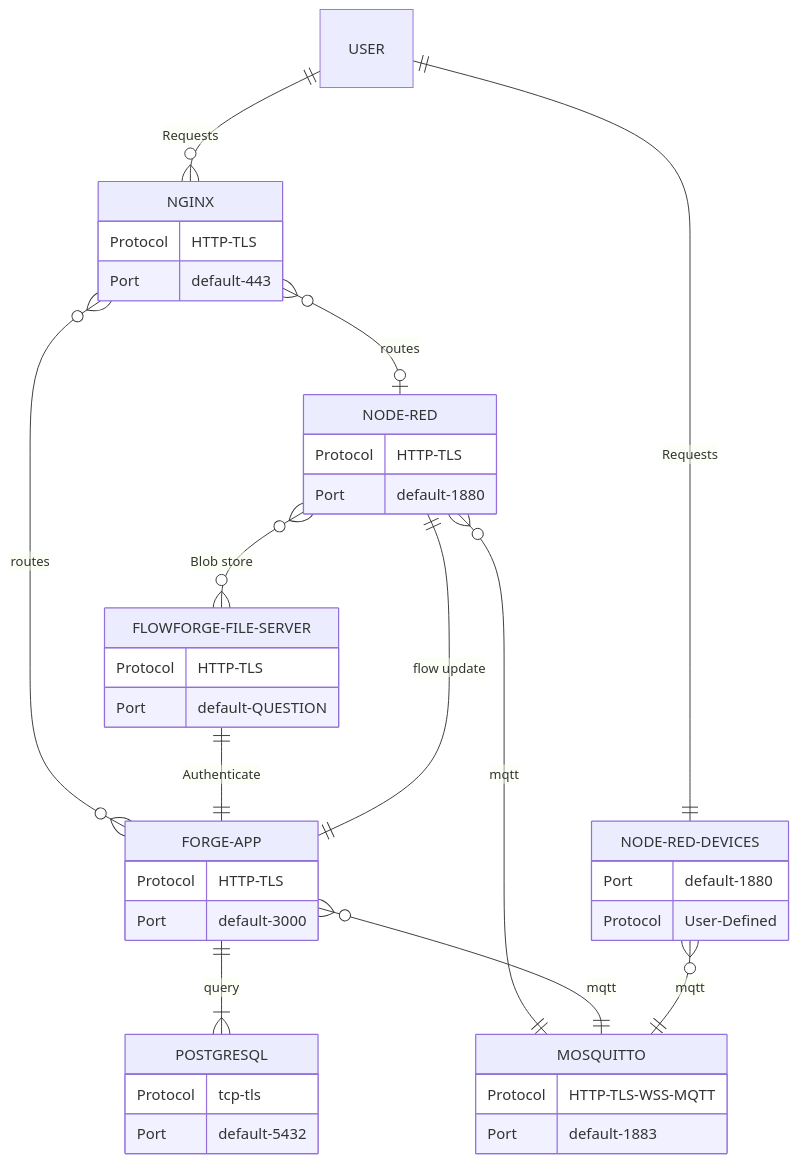
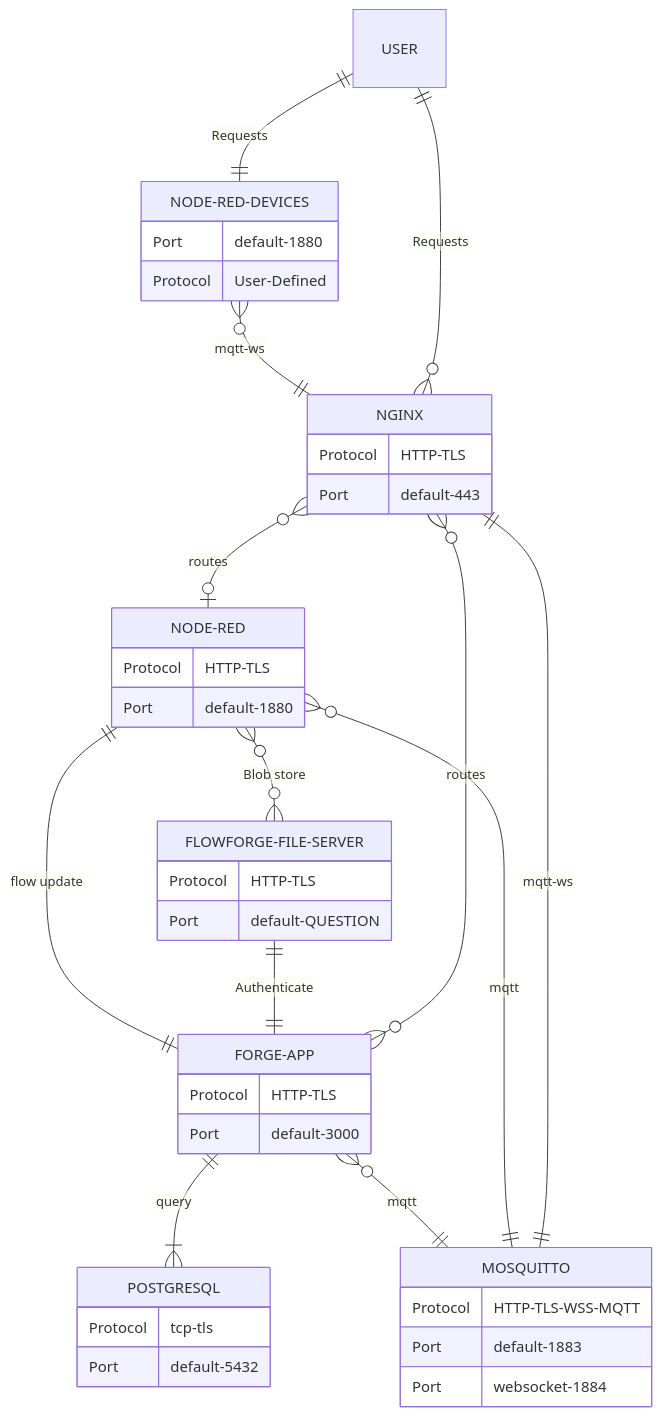
One commit to FlowFuse/flowfuse changed the diagram in docs/contribute/architecture.md. Above: the diagram before and after it, drawn with Mermaid.

Commit message:
MQTT updates
Move Device access to MQTT to MQTT-WS via NGINX

````diff
--- a/docs/contribute/architecture.md
+++ b/docs/contribute/architecture.md
@@ -105,42 +105,44 @@
 ```mermaid
 erDiagram
     USER ||--o{ NGINX : Requests
     NGINX {
         Protocol HTTP-TLS
         Port default-443
     }
     FORGE-APP {
         Protocol HTTP-TLS
         Port default-3000
     }
     POSTGRESQL {
         Protocol tcp-tls
         Port default-5432
     }
     MOSQUITTO {
         Protocol HTTP-TLS-WSS-MQTT
         Port default-1883
+        Port websocket-1884
     }
     FLOWFORGE-FILE-SERVER {
         Protocol HTTP-TLS
         Port default-QUESTION
     }
     NGINX }o--o| NODE-RED : routes
     NGINX }o--o{ FORGE-APP: routes
+    NGINX ||--|| MOSQUITTO: mqtt-ws
     FORGE-APP ||--|{ POSTGRESQL: query
     FORGE-APP ||--|| NODE-RED: "flow update"
     NODE-RED }o--o{ FLOWFORGE-FILE-SERVER: "Blob store"
     FLOWFORGE-FILE-SERVER ||--|| FORGE-APP: "Authenticate"
     NODE-RED {
         Protocol HTTP-TLS
         Port default-1880
     }
     NODE-RED }o--|| MOSQUITTO: mqtt
     FORGE-APP }o--|| MOSQUITTO: mqtt
     NODE-RED-DEVICES {
         Port default-1880
         Protocol User-Defined
     }
-    NODE-RED-DEVICES }o--|| MOSQUITTO: mqtt
+    NODE-RED-DEVICES }o--|| NGINX: mqtt-ws
     USER ||--|| NODE-RED-DEVICES: Requests
 ```
````
